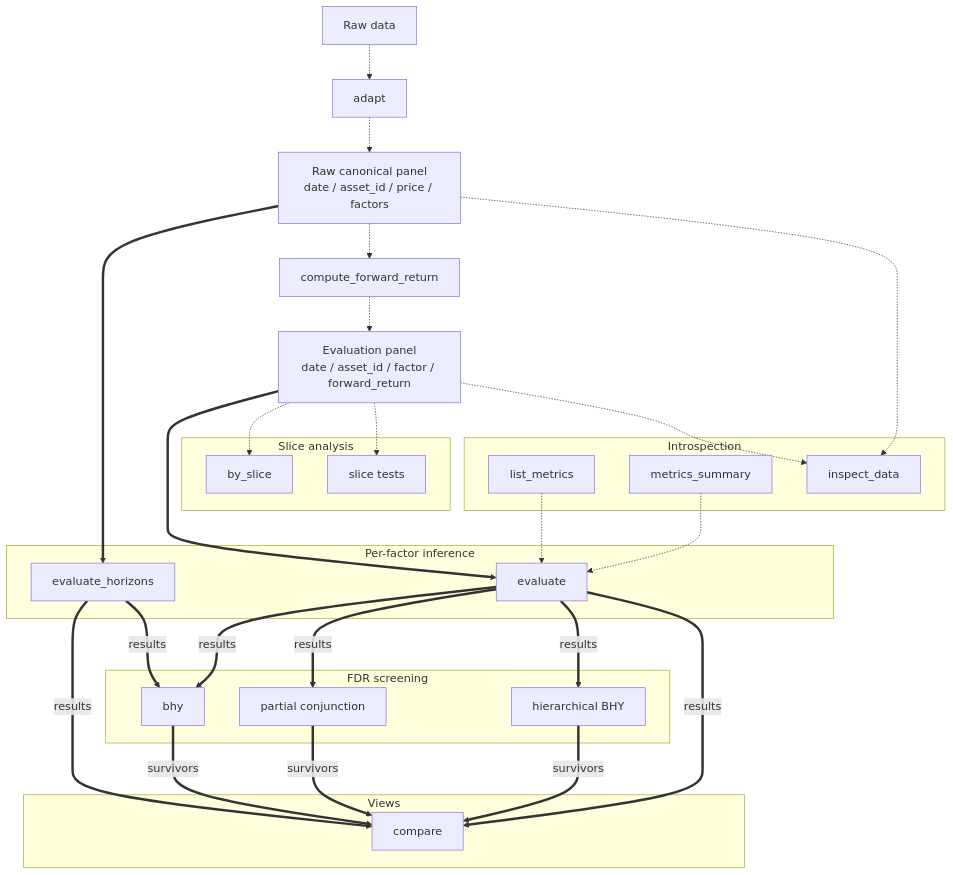
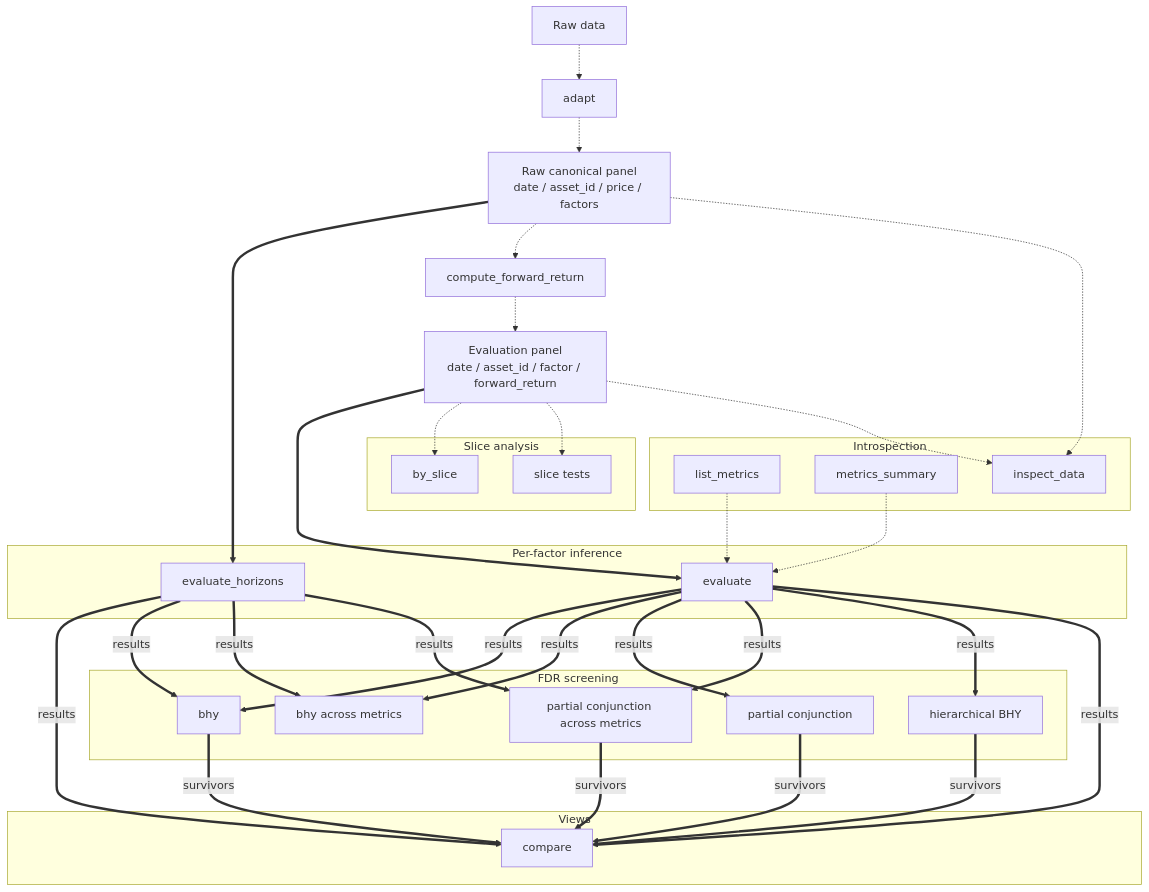
The diagram in docs/api/index.md (awwesomeman/factrix), drawn with Mermaid before and after one commit. The commit also changed other lines of this file and 14 other files, not shown here.

````diff
--- a/docs/api/index.md
+++ b/docs/api/index.md
@@ -9,70 +9,79 @@
 ```mermaid
 flowchart TD
     R[Raw data]
     AD[adapt]
     RAW["Raw canonical panel<br/>date / asset_id / price / factors"]
     FR[compute_forward_return]
     EVALP["Evaluation panel<br/>date / asset_id / factor / forward_return"]
 
     subgraph Infer["Per-factor inference"]
         EV[evaluate]
         EVH[evaluate_horizons]
     end
 
     subgraph Slice["Slice analysis"]
         BS[by_slice]
         ST[slice tests]
     end
 
     subgraph Screen["FDR screening"]
         BHY[bhy]
+        XBHY[bhy across metrics]
         PC[partial conjunction]
+        XPC[partial conjunction across metrics]
         BHYH[hierarchical BHY]
     end
 
     subgraph View["Views"]
         CMP[compare]
     end
 
     subgraph Introspection
         LM[list_metrics]
         MS[metrics_summary]
         ID[inspect_data]
     end
 
     R -.-> AD
     AD -.-> RAW
     RAW ==> EVH
     RAW -.-> FR
     RAW -.-> ID
     FR -.-> EVALP
     EVALP ==> EV
     EVALP -.-> BS
     EVALP -.-> ST
     EVALP -.-> ID
     EV ==>|results| BHY
+    EV ==>|results| XBHY
     EV ==>|results| PC
+    EV ==>|results| XPC
     EV ==>|results| BHYH
     EV ==>|results| CMP
     EVH ==>|results| CMP
     EVH ==>|results| BHY
+    EVH ==>|results| XBHY
+    EVH ==>|results| XPC
     BHY ==>|survivors| CMP
     PC ==>|survivors| CMP
+    XPC ==>|survivors| CMP
     BHYH ==>|survivors| CMP
     LM -.-> EV
     MS -.-> EV
 
     click AD "preprocess/#factrix.adapt.adapt" "adapt API"
     click FR "preprocess/#factrix.preprocess.compute_forward_return" "compute_forward_return API"
     click EV "evaluate/" "evaluate API"
     click EVH "multi-horizon/" "evaluate_horizons API"
     click BS "by-slice/" "by_slice API"
     click ST "slice-test/" "slice tests API"
     click BHY "multi-factor/" "bhy API"
+    click XBHY "bhy-across-metrics/" "bhy_across_metrics API"
     click PC "partial-conjunction/" "partial_conjunction API"
+    click XPC "partial-conjunction-across-metrics/" "partial_conjunction_across_metrics API"
     click BHYH "bhy-hierarchical/" "bhy_hierarchical API"
     click LM "metrics/#factrix.list_metrics" "list_metrics API"
     click MS "metrics/#factrix.metrics_summary" "metrics_summary API"
     click CMP "compare/" "compare API"
     click ID "inspect-data/" "inspect_data API"
 ```
````
